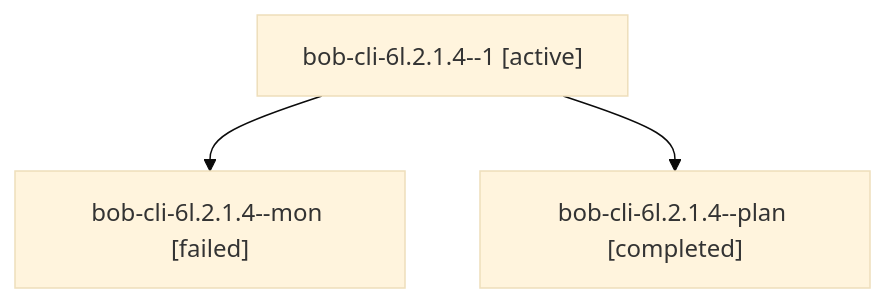
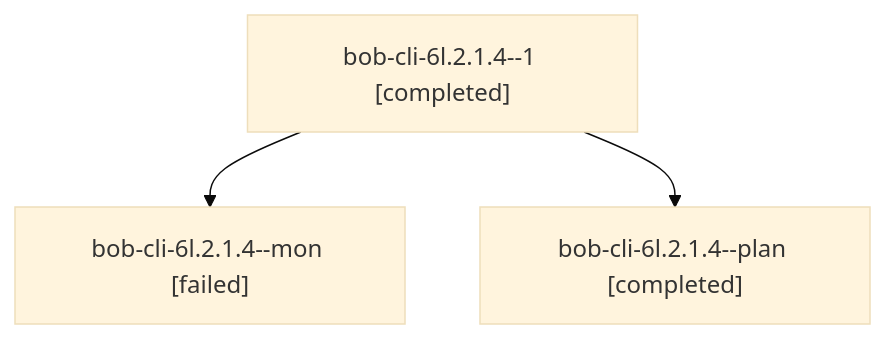
The diagram in sessions/bbugyi200.apollo.bob-cli-6l.2.1.4.md (bobs-org/bob-cli--agents), drawn with Mermaid (base theme) before and after one commit. The commit also changed other lines of this file and 36 other files, not shown here.

````diff
--- a/sessions/bbugyi200.apollo.bob-cli-6l.2.1.4.md
+++ b/sessions/bbugyi200.apollo.bob-cli-6l.2.1.4.md
@@ -9,8 +9,8 @@
 ```mermaid
 flowchart TD
-  n0["bob-cli-6l.2.1.4--1 [active]"]
+  n0["bob-cli-6l.2.1.4--1 [completed]"]
   n1["bob-cli-6l.2.1.4--mon [failed]"]
   n0 --> n1
   n2["bob-cli-6l.2.1.4--plan [completed]"]
   n0 --> n2
 ```
````
